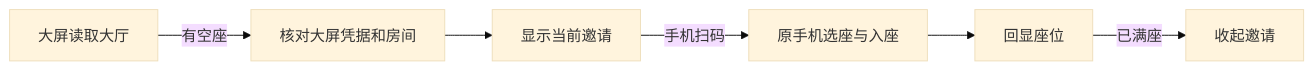
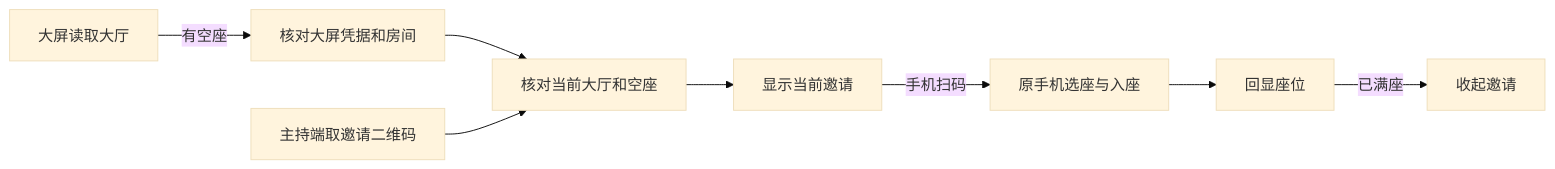
Diagram 14 of 22 in docs/architecture.md (Geeprox/Friday), drawn with Mermaid (base theme) before and after one commit. The commit also changed other lines of this file and 5 other files, not shown here.

````diff
--- a/docs/architecture.md
+++ b/docs/architecture.md
@@ -275,8 +275,10 @@
 ```mermaid
 flowchart LR
   A[大屏读取大厅] -->|有空座| B[核对大屏凭据和房间]
-  B --> C[显示当前邀请]
+  B --> G[核对当前大厅和空座]
+  H[主持端取邀请二维码] --> G
+  G --> C[显示当前邀请]
   C -->|手机扫码| D[原手机选座与入座]
   D --> E[回显座位]
   E -->|已满座| F[收起邀请]
 ```
````
